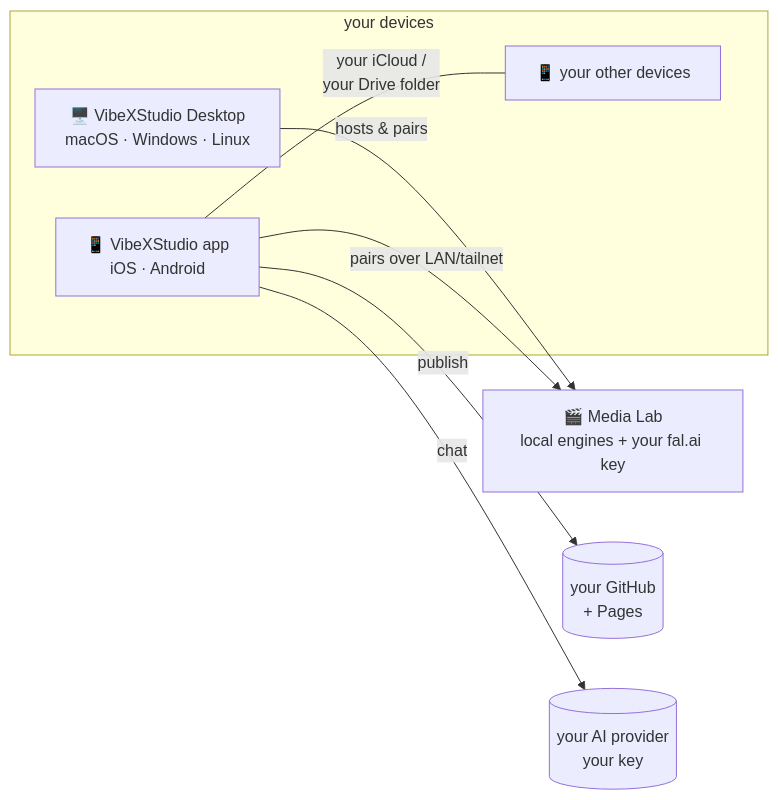
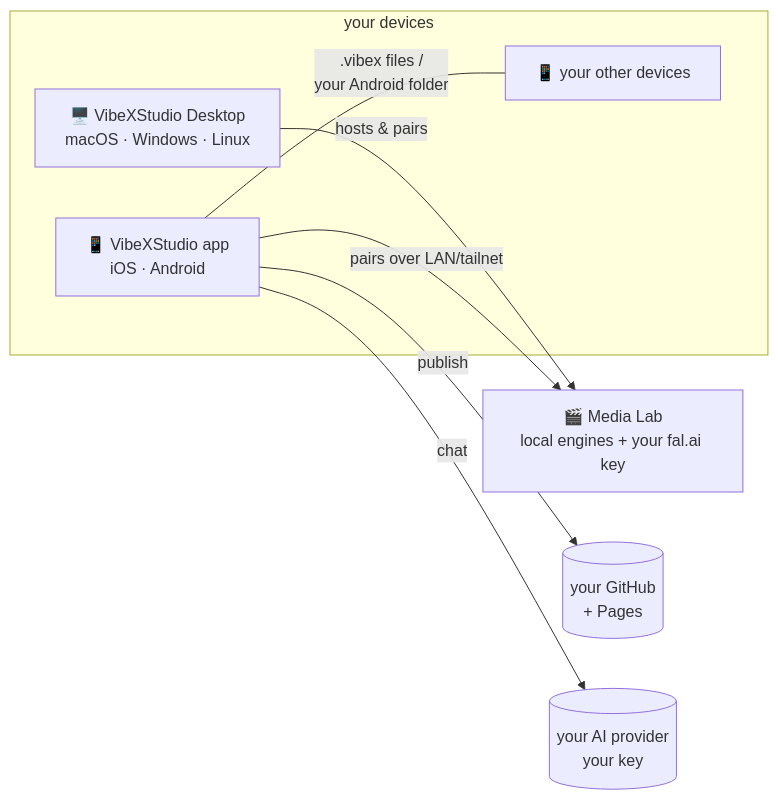
One commit to kerpopule/vibexstudio changed the diagram in app/README.md. Above: the diagram before and after it, drawn with Mermaid. The commit also changed other lines of this file and 158 other files, not shown here.

First line of the commit message:
VibeXStudio 1.2 — the studio overhaul

````diff
--- a/app/README.md
+++ b/app/README.md
@@ -56,11 +64,11 @@
 ```mermaid
 flowchart LR
     subgraph your devices
-      A[📱 VibeXStudio app\niOS · Android] ---|your iCloud /\nyour Drive folder| A2[📱 your other devices]
+      A[📱 VibeXStudio app\niOS · Android] ---|.vibex files /\nyour Android folder| A2[📱 your other devices]
       D[🖥️ VibeXStudio Desktop\nmacOS · Windows · Linux]
     end
     D -->|hosts &amp; pairs| M[🎬 Media Lab\nlocal engines + your fal.ai key]
     A -->|pairs over LAN/tailnet| M
     A -->|publish| G[(your GitHub\n+ Pages)]
     A -->|chat| P[(your AI provider\nyour key)]
 ```
````
